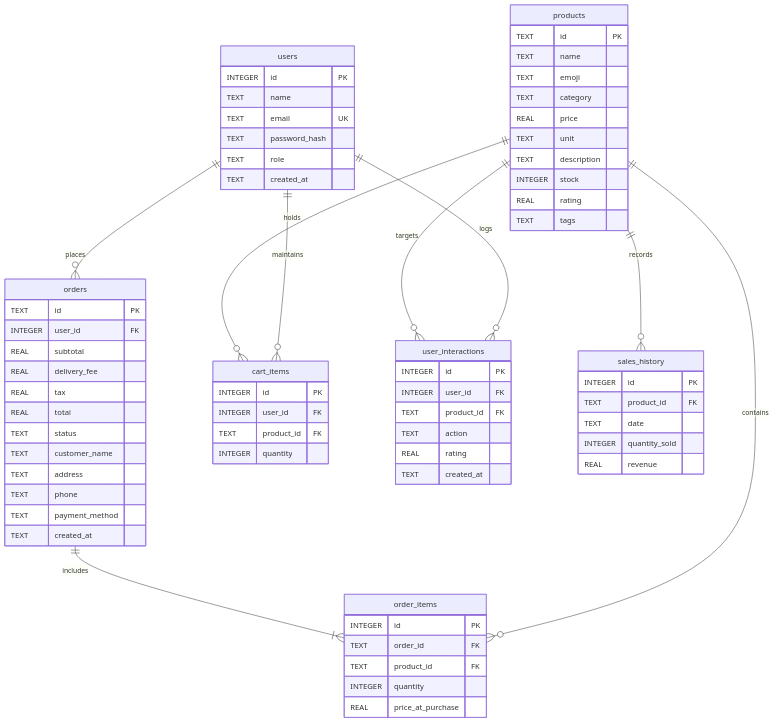
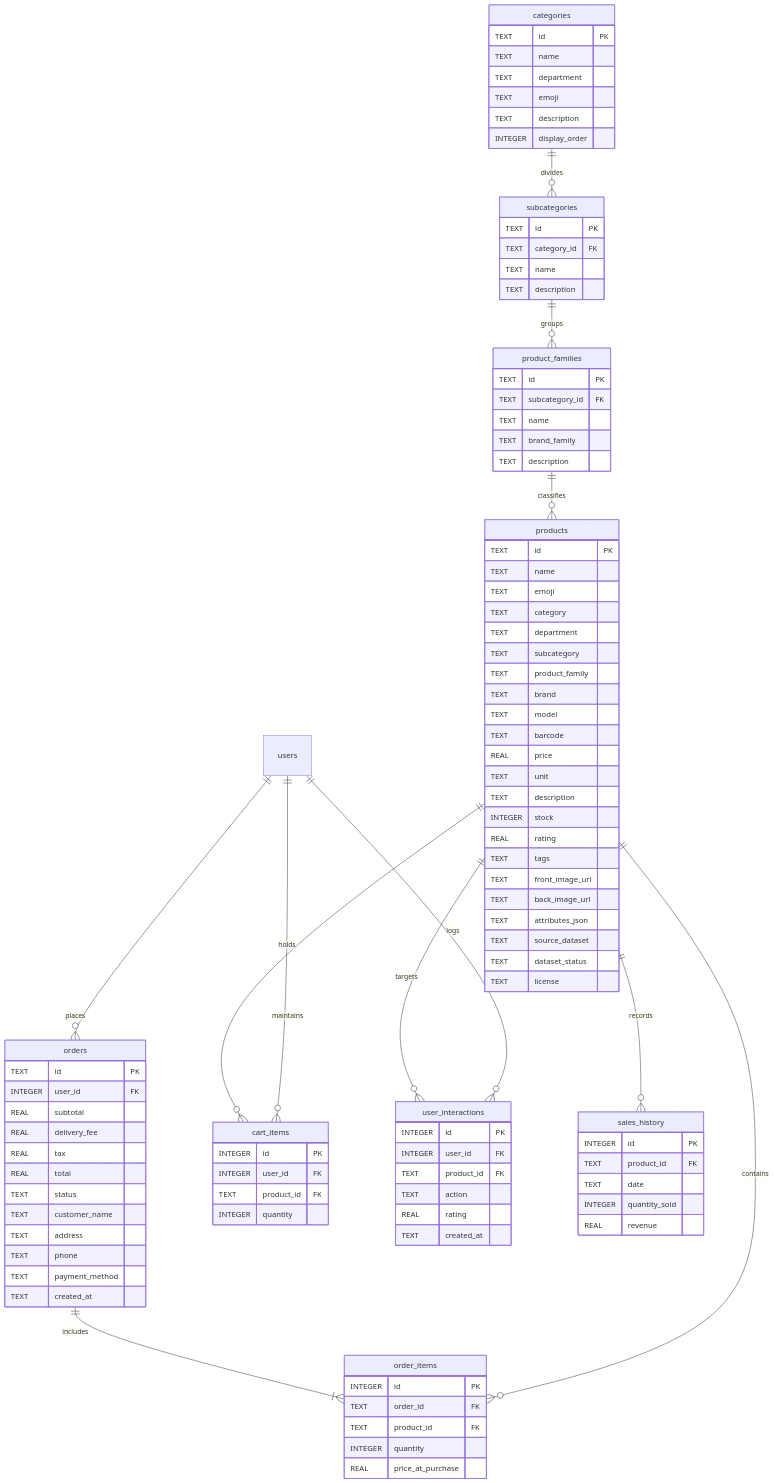
The third of 3 diagrams in docs/PROJECT_MASTER_DOCUMENTATION.md (Shashikant889/freshcart-ai), drawn with Mermaid before and after one commit. The commit also changed other lines of this file and 120 other files, not shown here.

````diff
--- a/docs/PROJECT_MASTER_DOCUMENTATION.md
+++ b/docs/PROJECT_MASTER_DOCUMENTATION.md
@@ -656,5 +656,8 @@
 ```mermaid
 erDiagram
+    categories ||--o{ subcategories : divides
+    subcategories ||--o{ product_families : groups
+    product_families ||--o{ products : classifies
     users ||--o{ orders : places
     users ||--o{ cart_items : maintains
     users ||--o{ user_interactions : logs
@@ -664,13 +667,28 @@
     products ||--o{ sales_history : records
     orders ||--|{ order_items : includes
 
-    users {
-        INTEGER id PK
+    categories {
+        TEXT id PK
         TEXT name
-        TEXT email UK
-        TEXT password_hash
-        TEXT role
-        TEXT created_at
+        TEXT department
+        TEXT emoji
+        TEXT description
+        INTEGER display_order
+    }
+
+    subcategories {
+        TEXT id PK
+        TEXT category_id FK
+        TEXT name
+        TEXT description
+    }
+
+    product_families {
+        TEXT id PK
+        TEXT subcategory_id FK
+        TEXT name
+        TEXT brand_family
+        TEXT description
     }
 
     products {
@@ -678,12 +696,24 @@
         TEXT name
         TEXT emoji
         TEXT category
+        TEXT department
+        TEXT subcategory
+        TEXT product_family
+        TEXT brand
+        TEXT model
+        TEXT barcode
         REAL price
         TEXT unit
         TEXT description
         INTEGER stock
         REAL rating
         TEXT tags
+        TEXT front_image_url
+        TEXT back_image_url
+        TEXT attributes_json
+        TEXT source_dataset
+        TEXT dataset_status
+        TEXT license
     }
 
     orders {
````
